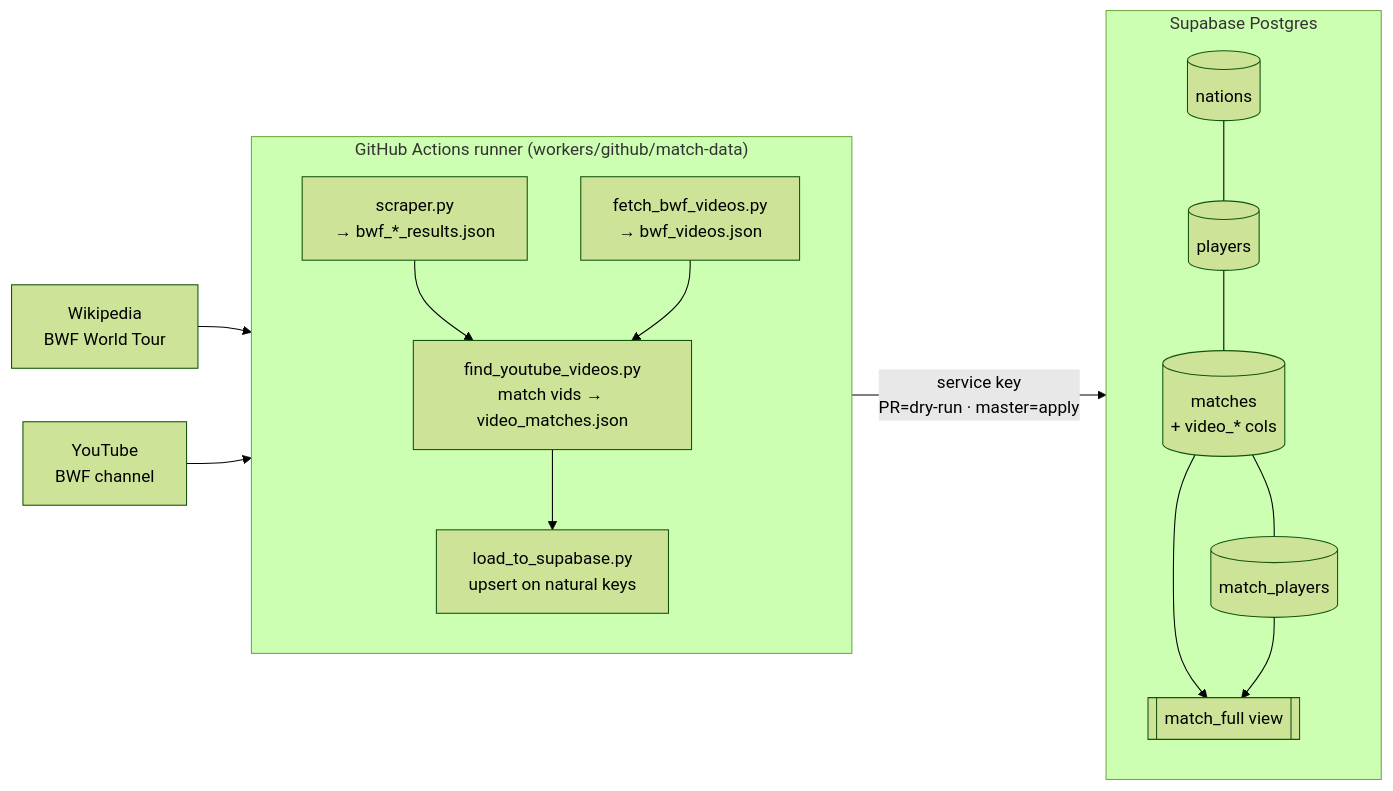
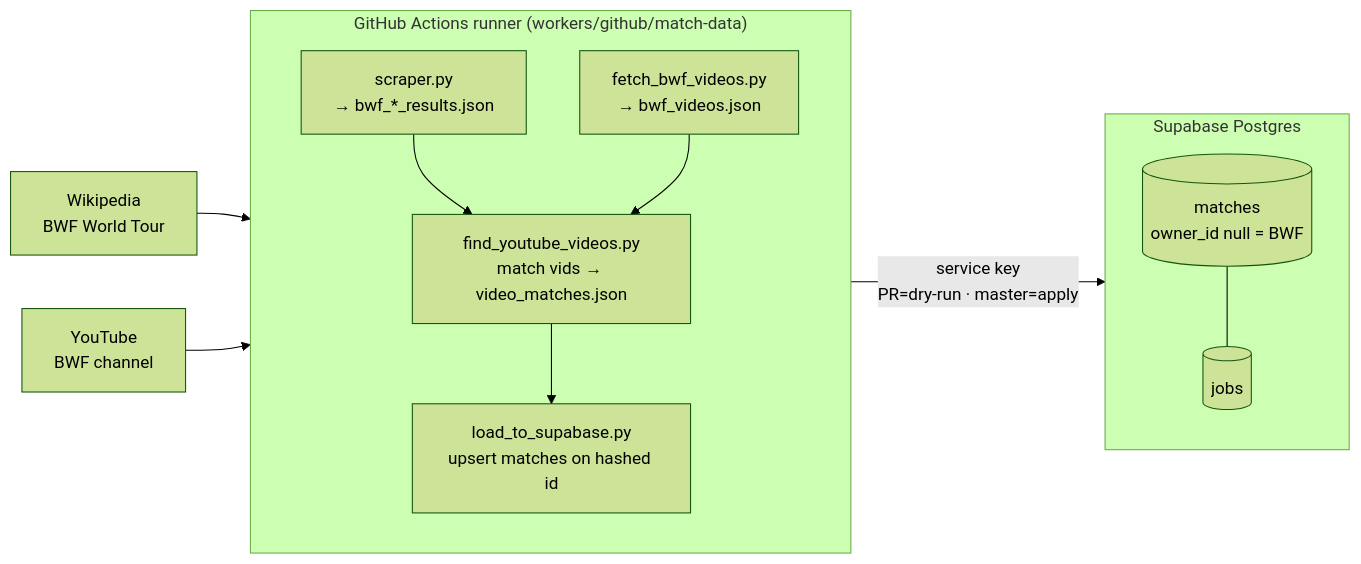
The first of 4 diagrams in workers/cloudflare/cdn/DATAFLOWS.md (MintonixIO/mintonix), drawn with Mermaid (forest theme) before and after one commit. The commit also changed other lines of this file and 31 other files, not shown here.

Commit message:
feat: reworks supabase schema

````diff
--- a/workers/cloudflare/cdn/DATAFLOWS.md
+++ b/workers/cloudflare/cdn/DATAFLOWS.md
@@ -37,32 +37,27 @@
 ```mermaid
 flowchart LR
   WP[Wikipedia<br/>BWF World Tour]
   YT[YouTube<br/>BWF channel]
 
   subgraph GHA["GitHub Actions runner (workers/github/match-data)"]
     direction TB
     S[scraper.py<br/>→ bwf_*_results.json]
     FV[fetch_bwf_videos.py<br/>→ bwf_videos.json]
     FY[find_youtube_videos.py<br/>match vids → video_matches.json]
-    L[load_to_supabase.py<br/>upsert on natural keys]
+    L[load_to_supabase.py<br/>upsert matches on hashed id]
     S --> FY
     FV --> FY
     FY --> L
   end
 
   WP --> S
   YT --> FV
 
   subgraph DB["Supabase Postgres"]
-    T1[(nations)]
-    T2[(players)]
-    T3[(matches<br/>+ video_* cols)]
-    T4[(match_players)]
-    V[[match_full view]]
-    T1 --- T2 --- T3 --- T4
-    T3 --> V
-    T4 --> V
+    T3[(matches<br/>owner_id null = BWF)]
+    T5[(jobs)]
+    T3 --- T5
   end
 
   L -->|service key<br/>PR=dry-run · master=apply| DB
 ```
````
